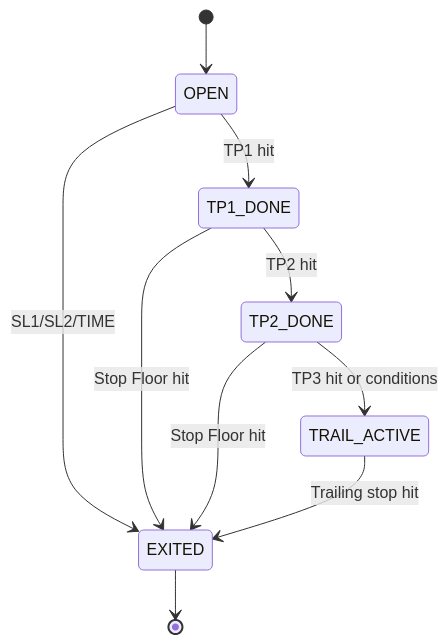
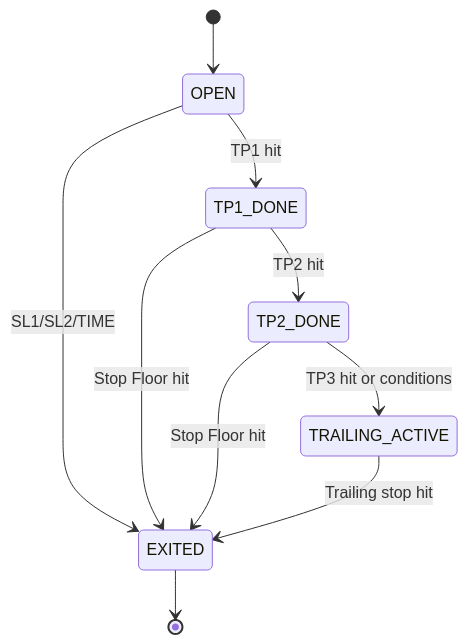
The third of 3 diagrams in docs/modules/exit-engine.md (joungwonlim/aegis-v14), drawn with Mermaid before and after one commit. The commit also changed other lines of this file, not shown here.

````diff
--- a/docs/modules/exit-engine.md
+++ b/docs/modules/exit-engine.md
@@ -2257,12 +2151,12 @@
 ```mermaid
 stateDiagram-v2
     [*] --> OPEN
     OPEN --> TP1_DONE: TP1 hit
     OPEN --> EXITED: SL1/SL2/TIME
     TP1_DONE --> TP2_DONE: TP2 hit
     TP1_DONE --> EXITED: Stop Floor hit
-    TP2_DONE --> TRAIL_ACTIVE: TP3 hit or conditions
+    TP2_DONE --> TRAILING_ACTIVE: TP3 hit or conditions
     TP2_DONE --> EXITED: Stop Floor hit
-    TRAIL_ACTIVE --> EXITED: Trailing stop hit
+    TRAILING_ACTIVE --> EXITED: Trailing stop hit
     EXITED --> [*]
 ```
````
